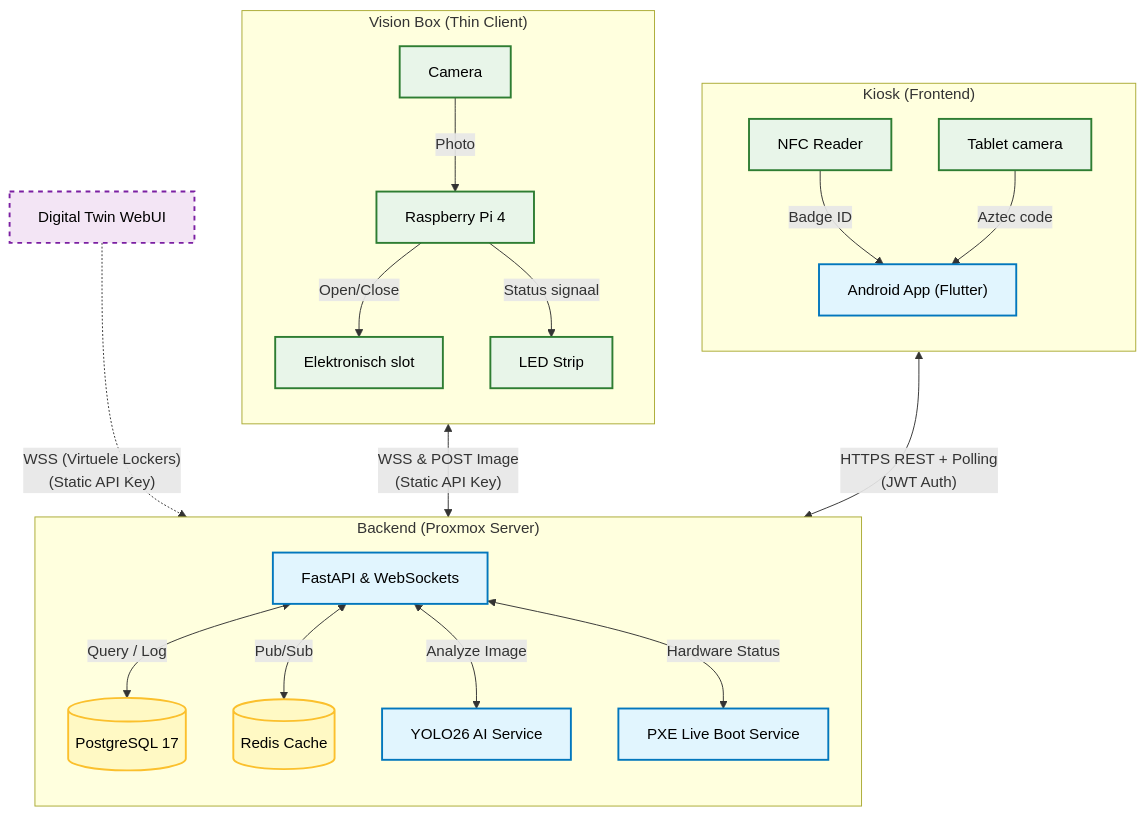
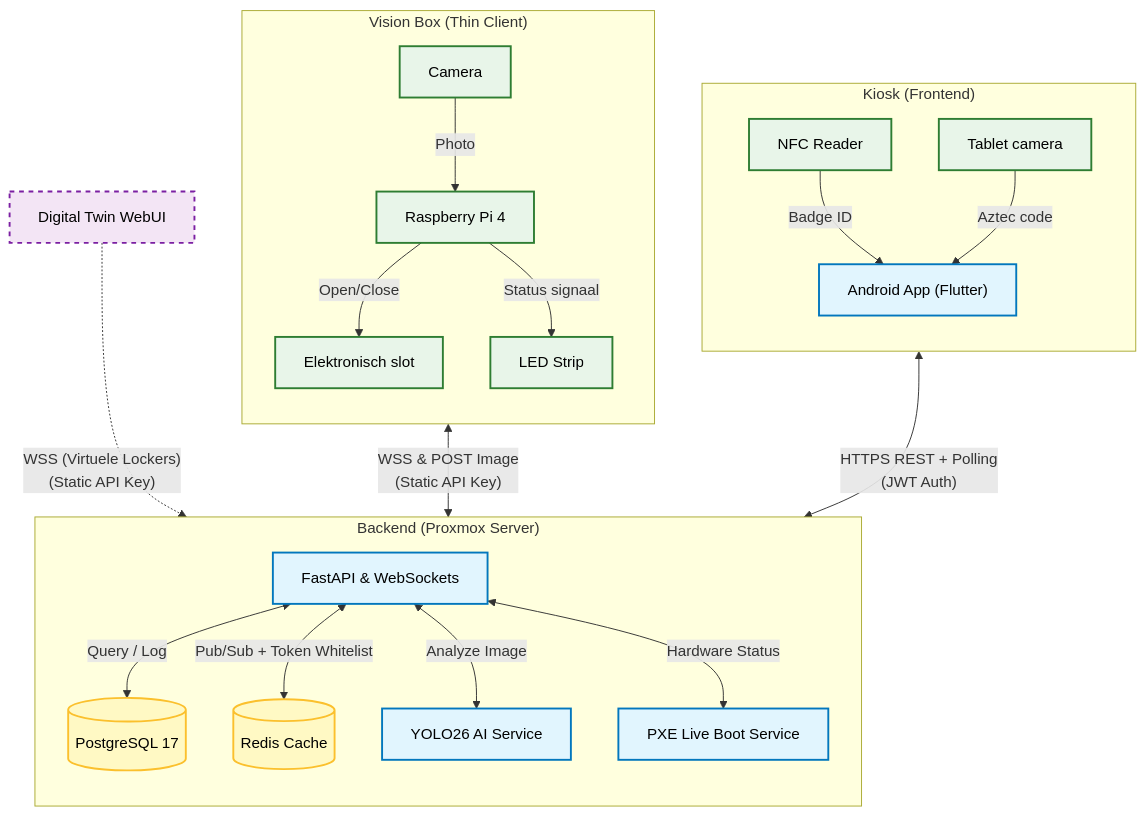
The diagram in docs/architecture_logical.mmd (easylend-practice-enterprise/easylend), drawn with Mermaid before and after one commit. The commit also changed 4 other files, not shown here.

Commit message:
docs: update architecture diagrams and workflows for Redis refresh token logic

```diff
--- a/docs/architecture_logical.mmd
+++ b/docs/architecture_logical.mmd
@@ -1,59 +1,59 @@
 flowchart TD
     %% STIJLEN (Corporate & Clean)
     classDef soft fill:#E1F5FE,stroke:#0277BD,stroke-width:2px,color:#000;
     classDef hard fill:#E8F5E9,stroke:#2E7D32,stroke-width:2px,color:#000;
     classDef data fill:#FFF9C4,stroke:#FBC02d,stroke-width:2px,color:#000;
     classDef sim  fill:#F3E5F5,stroke:#7B1FA2,stroke-width:2px,stroke-dasharray: 5 5,color:#000;
 
     %% DOMEIN 1: KIOSK (LINKS)
     subgraph Kiosk ["Kiosk (Frontend)"]
         direction TB
         NFC[NFC Reader]:::hard
         CamTab["Tablet camera"]:::hard
         App["Android App (Flutter)"]:::soft
         
         NFC -->|Badge ID| App
         CamTab -->|Aztec code| App
     end
 
     %% DOMEIN 2: BACKEND (MIDDEN)
     subgraph Backend ["Backend (Proxmox Server)"]
         direction TB
         API["FastAPI & WebSockets"]:::soft
         AIService["YOLO26 AI Service"]:::soft
         PXE["PXE Live Boot Service"]:::soft
         DB[(PostgreSQL 17)]:::data
         Redis[(Redis Cache)]:::data
         
         API <-->|"Query / Log"| DB
-        API <-->|"Pub/Sub"| Redis
+        API <-->|"Pub/Sub + Token Whitelist"| Redis
         API <-->|"Analyze Image"| AIService
         API <-->|"Hardware Status"| PXE
     end
 
     %% DOMEIN 3: VISION BOX (RECHTS)
     subgraph Box ["Vision Box (Thin Client)"]
         direction TB
         RPi["Raspberry Pi 4"]:::hard
         CamBox[Camera]:::hard
         Lock["Elektronisch slot"]:::hard
         LED["LED Strip"]:::hard
         
         CamBox -->|Photo| RPi
         RPi -->|"Open/Close"| Lock
         RPi -->|"Status signaal"| LED
     end
 
     %% SIMULATIE (ONDER)
     Sim["Digital Twin WebUI"]:::sim
 
     %% HOOFD VERBINDINGEN
     
     %% Kiosk praat met API
     App <-->|"HTTPS REST + Polling<br/>(JWT Auth)"| API
 
     %% API praat met Box
     RPi <-->|"WSS & POST Image<br/>(Static API Key)"| API
 
     %% Simulatie test de API
     Sim -.->|"WSS (Virtuele Lockers)<br/>(Static API Key)"| API
```
